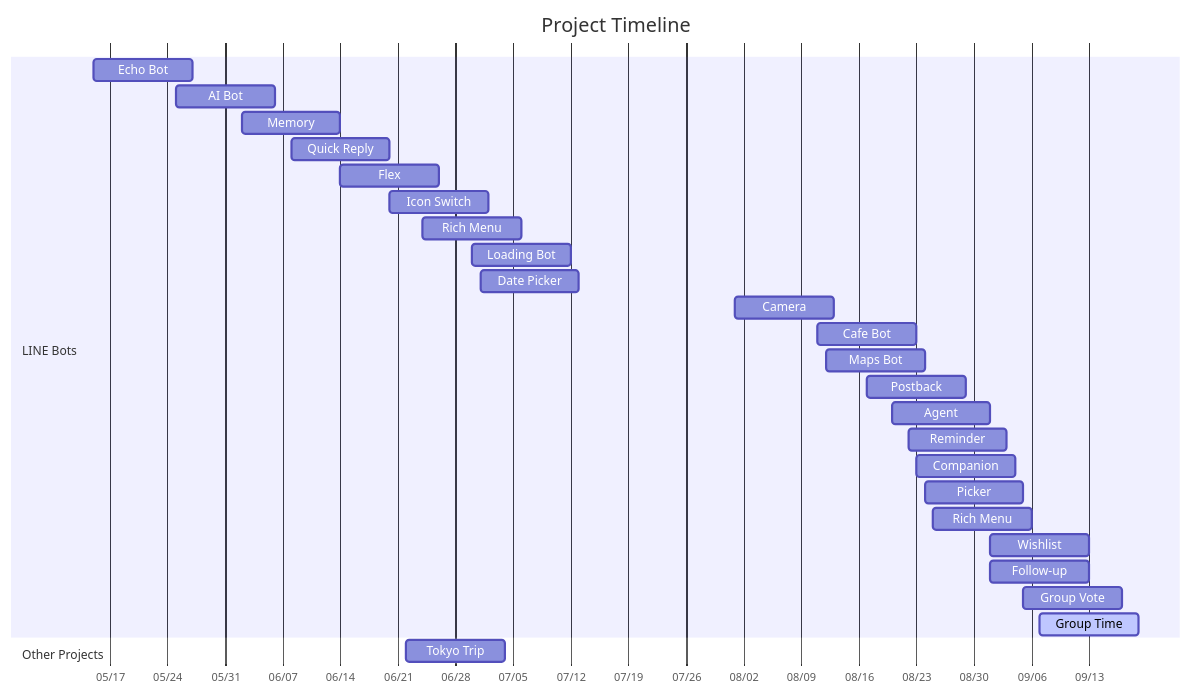
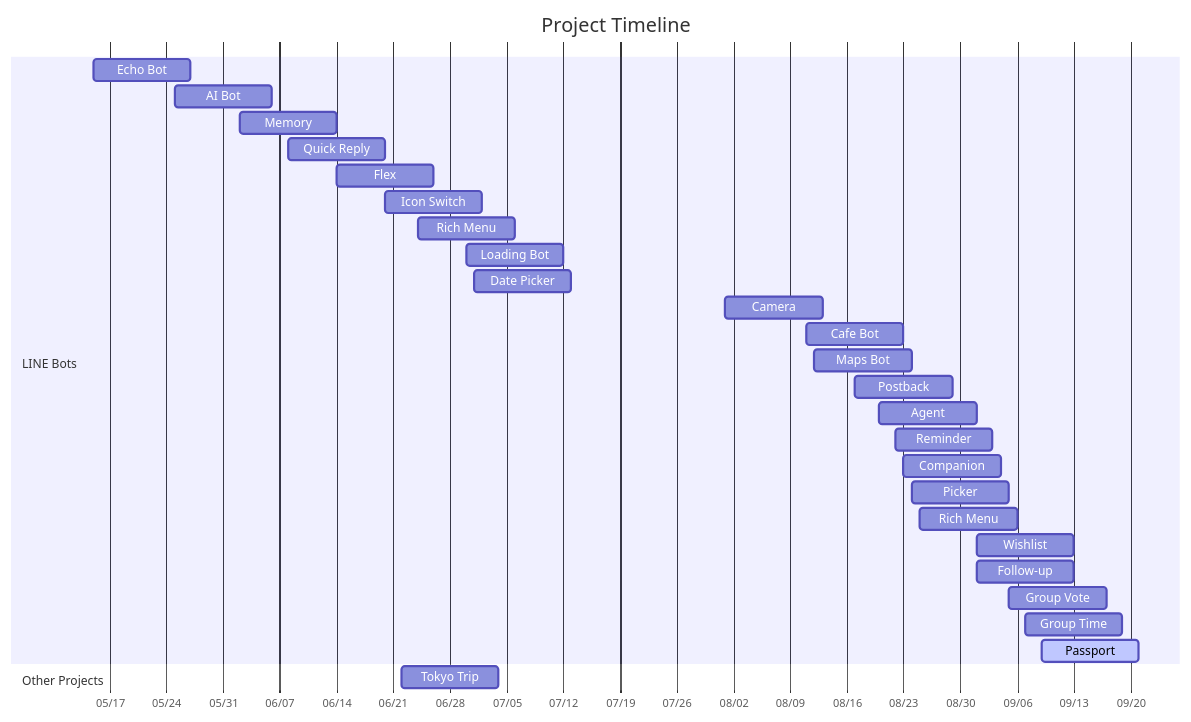
One commit to zonawang/zona-ai-learning-lab changed the diagram in README.md. Above: the diagram before and after it, drawn with Mermaid. The commit also changed other lines of this file, not shown here.

Commit message:
docs: add LINE Cafe passport learning journey

````diff
--- a/README.md
+++ b/README.md
@@ -16,33 +16,34 @@
 ```mermaid
 gantt
     title Project Timeline
     dateFormat YYYY-MM-DD
     axisFormat %m/%d
 
     section LINE Bots
     Echo Bot      :p1, 2026-05-15, 12d
     AI Bot        :p2, 2026-05-25, 12d
     Memory        :p3, 2026-06-02, 12d
     Quick Reply   :p4, 2026-06-08, 12d
     Flex          :p5, 2026-06-14, 12d
     Icon Switch   :p6, 2026-06-20, 12d
     Rich Menu     :p8, 2026-06-24, 12d
     Loading Bot   :p9, 2026-06-30, 12d
     Date Picker   :p10, 2026-07-01, 12d
     Camera        :p11, 2026-08-01, 12d
     Cafe Bot      :p12, 2026-08-11, 12d
     Maps Bot      :p13, 2026-08-12, 12d
     Postback      :p14, 2026-08-17, 12d
     Agent         :p15, 2026-08-20, 12d
     Reminder      :p16, 2026-08-22, 12d
     Companion     :p17, 2026-08-23, 12d
     Picker        :p18, 2026-08-24, 12d
     Rich Menu     :p19, 2026-08-25, 12d
     Wishlist      :p20, 2026-09-01, 12d
     Follow-up     :p21, 2026-09-01, 12d
     Group Vote    :p22, 2026-09-05, 12d
-    Group Time    :active, p23, 2026-09-07, 12d
+    Group Time    :p23, 2026-09-07, 12d
+    Passport      :active, p24, 2026-09-09, 12d
 
     section Other Projects
     Tokyo Trip    :p7, 2026-06-22, 12d
 ```
````
